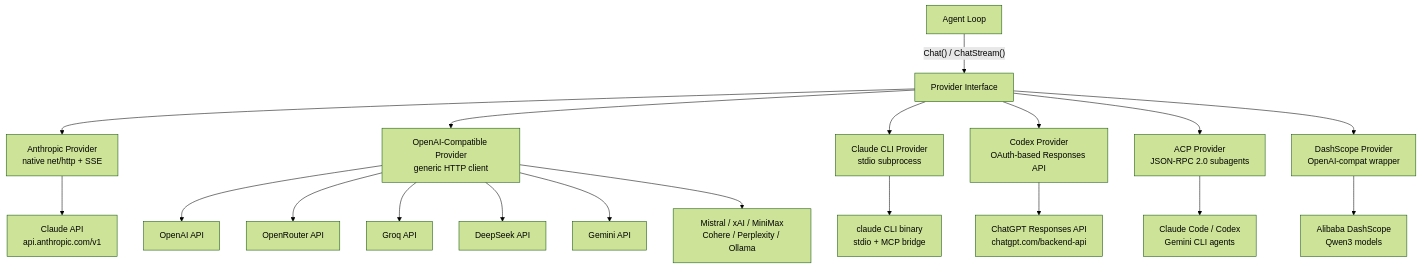
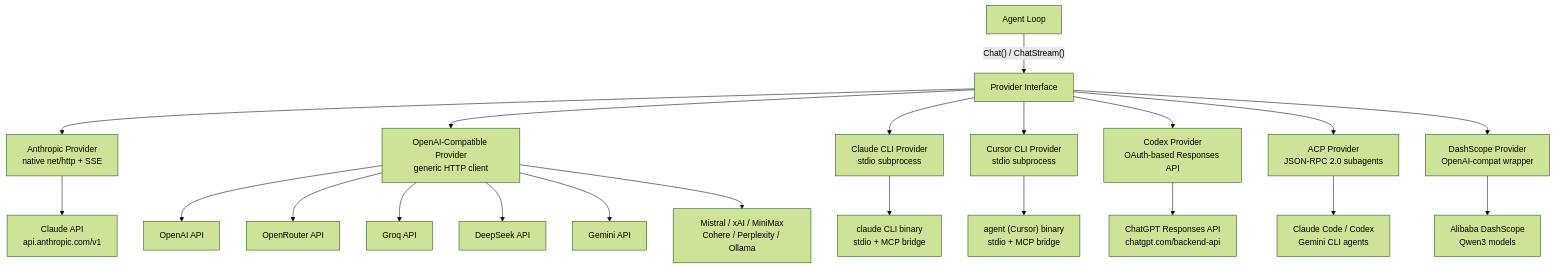
Before and after one commit to nextlevelbuilder/goclaw: the first of 10 diagrams in docs/02-providers.md, drawn with Mermaid (forest theme). The commit also changed other lines of this file and 11 other files, not shown here.

First line of the commit message:
feat(providers): add CursorCLIProvider for Cursor agent integration

````diff
--- a/docs/02-providers.md
+++ b/docs/02-providers.md
@@ -11,23 +11,25 @@
 ```mermaid
 flowchart TD
     AL["Agent Loop"] -->|"Chat() / ChatStream()"| PI["Provider Interface"]
 
     PI --> ANTH["Anthropic Provider<br/>native net/http + SSE"]
     PI --> OAI["OpenAI-Compatible Provider<br/>generic HTTP client"]
     PI --> CLAUDE["Claude CLI Provider<br/>stdio subprocess"]
+    PI --> CURSOR["Cursor CLI Provider<br/>stdio subprocess"]
     PI --> CODEX["Codex Provider<br/>OAuth-based Responses API"]
     PI --> ACP["ACP Provider<br/>JSON-RPC 2.0 subagents"]
     PI --> DASH["DashScope Provider<br/>OpenAI-compat wrapper"]
 
     ANTH --> ANTHROPIC["Claude API<br/>api.anthropic.com/v1"]
     OAI --> OPENAI["OpenAI API"]
     OAI --> OR["OpenRouter API"]
     OAI --> GROQ["Groq API"]
     OAI --> DS["DeepSeek API"]
     OAI --> GEM["Gemini API"]
     OAI --> OTHER["Mistral / xAI / MiniMax<br/>Cohere / Perplexity / Ollama"]
     CLAUDE --> CLI["claude CLI binary<br/>stdio + MCP bridge"]
+    CURSOR --> CURSOR_CLI["agent (Cursor) binary<br/>stdio + MCP bridge"]
     CODEX --> CODEX_API["ChatGPT Responses API<br/>chatgpt.com/backend-api"]
     ACP --> AGENTS["Claude Code / Codex<br/>Gemini CLI agents"]
     DASH --> QWEN["Alibaba DashScope<br/>Qwen3 models"]
 ```
````
